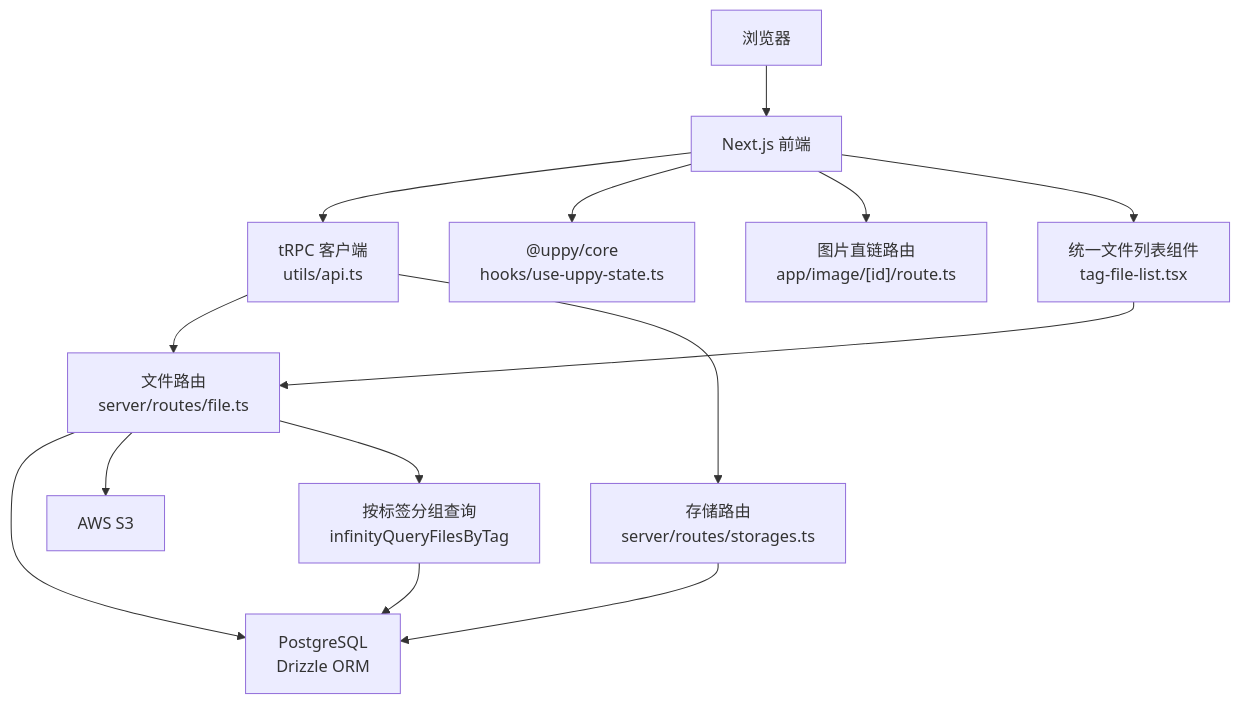
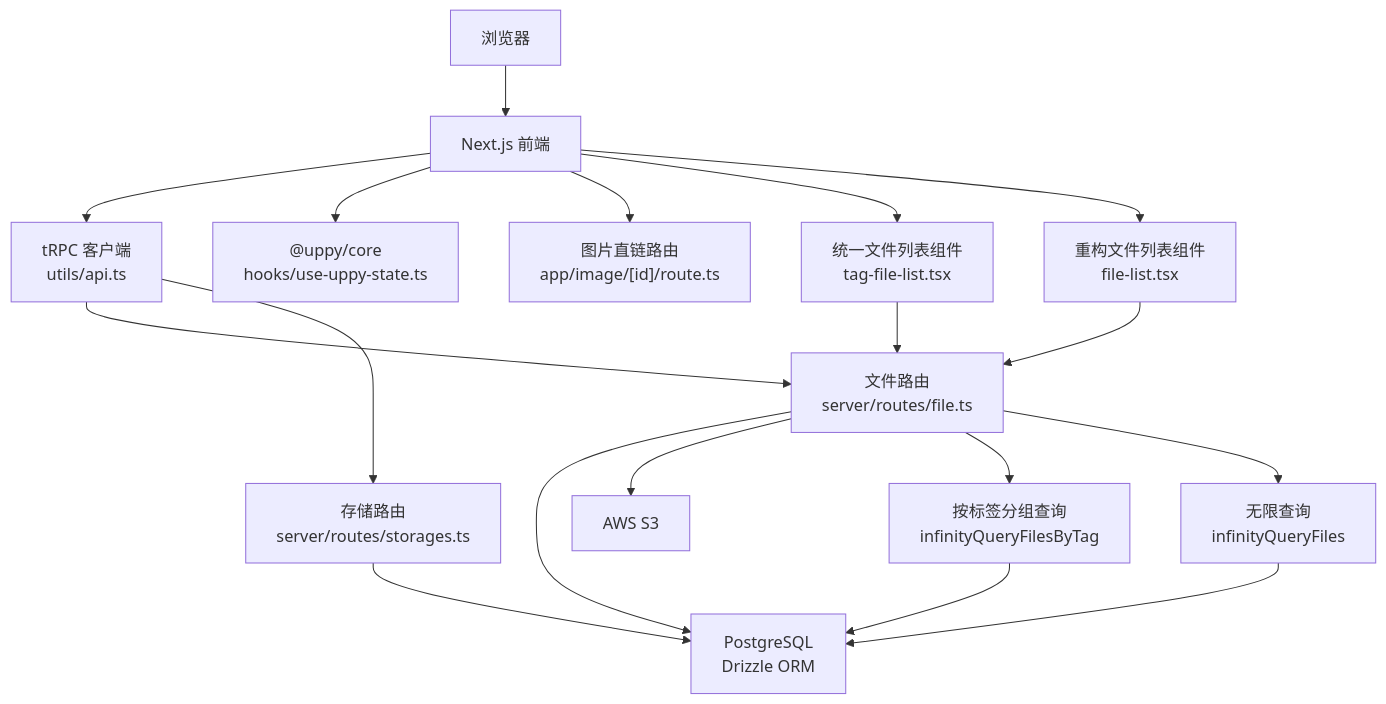
One commit to RadiumAg/image-saas changed the second of 10 diagrams in .qoder/repowiki/zh/content/核心功能模块/文件管理系统/文件管理系统.md. Above: the diagram before and after it, drawn with Mermaid. The commit also changed other lines of this file and 60 other files, not shown here.

````diff
--- a/.qoder/repowiki/zh/content/核心功能模块/文件管理系统/文件管理系统.md
+++ b/.qoder/repowiki/zh/content/核心功能模块/文件管理系统/文件管理系统.md
@@ -176,16 +158,20 @@
 ```mermaid
 graph TB
 Browser["浏览器"] --> NextApp["Next.js 前端"]
 NextApp --> TRPC["tRPC 客户端<br/>utils/api.ts"]
 TRPC --> FileRouter["文件路由<br/>server/routes/file.ts"]
 TRPC --> StorageRouter["存储路由<br/>server/routes/storages.ts"]
 FileRouter --> DB["PostgreSQL<br/>Drizzle ORM"]
 FileRouter --> S3["AWS S3"]
 StorageRouter --> DB
 NextApp --> Uppy["@uppy/core<br/>hooks/use-uppy-state.ts"]
 NextApp --> ImageRoute["图片直链路由<br/>app/image/[id]/route.ts"]
 NextApp --> TagFileList["统一文件列表组件<br/>tag-file-list.tsx"]
 TagFileList --> FileRouter
 FileRouter --> TagQuery["按标签分组查询<br/>infinityQueryFilesByTag"]
 TagQuery --> DB
+NextApp --> FileList["重构文件列表组件<br/>file-list.tsx"]
+FileList --> FileRouter
+FileRouter --> InfinityQuery["无限查询<br/>infinityQueryFiles"]
+InfinityQuery --> DB
 ```
````
